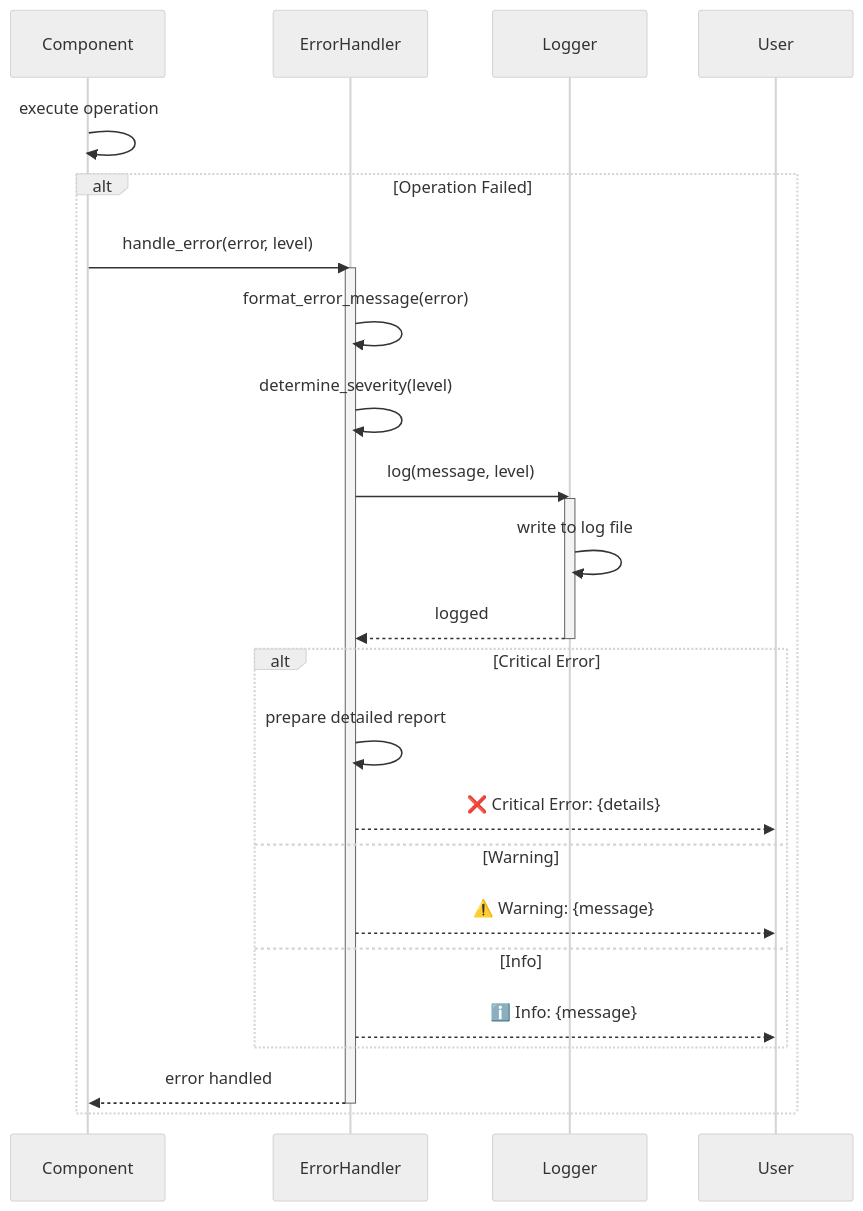
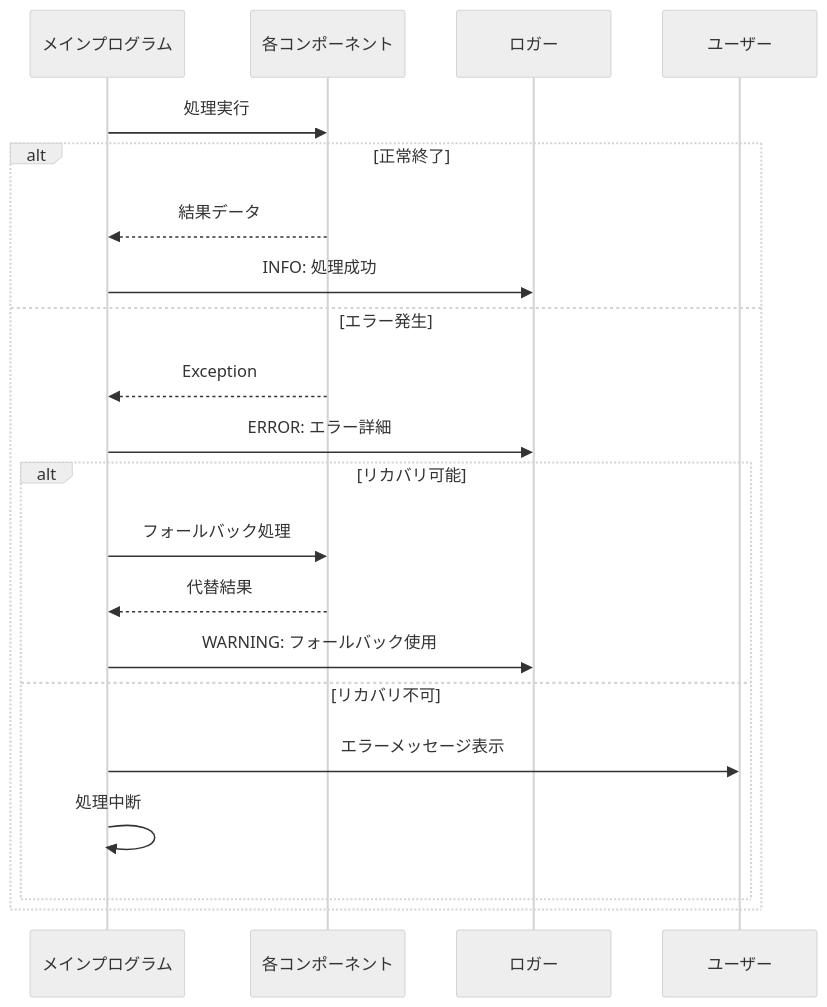
The seventh of 7 diagrams in doc/design_sequence_diagram.md (ryu5791/AutoUniTestGen), drawn with Mermaid (neutral theme) before and after one commit. The commit also changed other lines of this file and 1 other file, not shown here.

Commit message:
シーケンス、クラス図更新

````diff
--- a/doc/design_sequence_diagram.md
+++ b/doc/design_sequence_diagram.md
@@ -505,35 +223,26 @@
 ```mermaid
 sequenceDiagram
-    participant Component
-    participant ErrorHandler
-    participant Logger
-    participant User
+    participant Main as メインプログラム
+    participant Component as 各コンポーネント
+    participant Logger as ロガー
+    participant User as ユーザー
     
-    Component->>Component: execute operation
+    Main->>Component: 処理実行
     
-    alt Operation Failed
-        Component->>ErrorHandler: handle_error(error, level)
-        activate ErrorHandler
+    alt 正常終了
+        Component-->>Main: 結果データ
+        Main->>Logger: INFO: 処理成功
+    else エラー発生
+        Component-->>Main: Exception
+        Main->>Logger: ERROR: エラー詳細
         
-        ErrorHandler->>ErrorHandler: format_error_message(error)
-        ErrorHandler->>ErrorHandler: determine_severity(level)
-        
-        ErrorHandler->>Logger: log(message, level)
-        activate Logger
-        Logger->>Logger: write to log file
-        Logger-->>ErrorHandler: logged
-        deactivate Logger
-        
-        alt Critical Error
-            ErrorHandler->>ErrorHandler: prepare detailed report
-            ErrorHandler-->>User: ❌ Critical Error: {details}
-        else Warning
-            ErrorHandler-->>User: ⚠️ Warning: {message}
-        else Info
-            ErrorHandler-->>User: ℹ️ Info: {message}
+        alt リカバリ可能
+            Main->>Component: フォールバック処理
+            Component-->>Main: 代替結果
+            Main->>Logger: WARNING: フォールバック使用
+        else リカバリ不可
+            Main->>User: エラーメッセージ表示
+            Main->>Main: 処理中断
         end
-        
-        ErrorHandler-->>Component: error handled
-        deactivate ErrorHandler
     end
 ```
````
